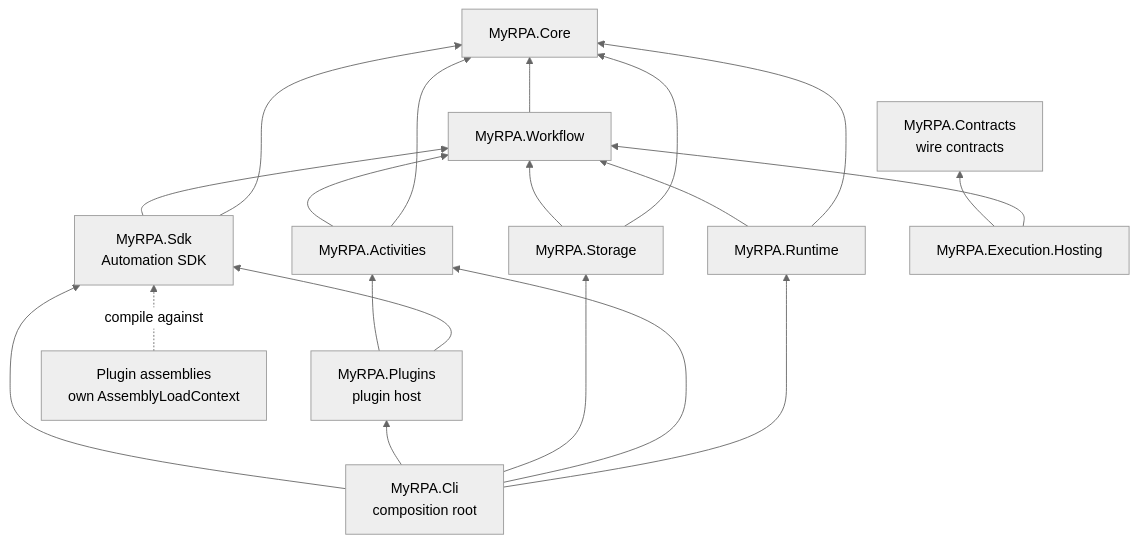
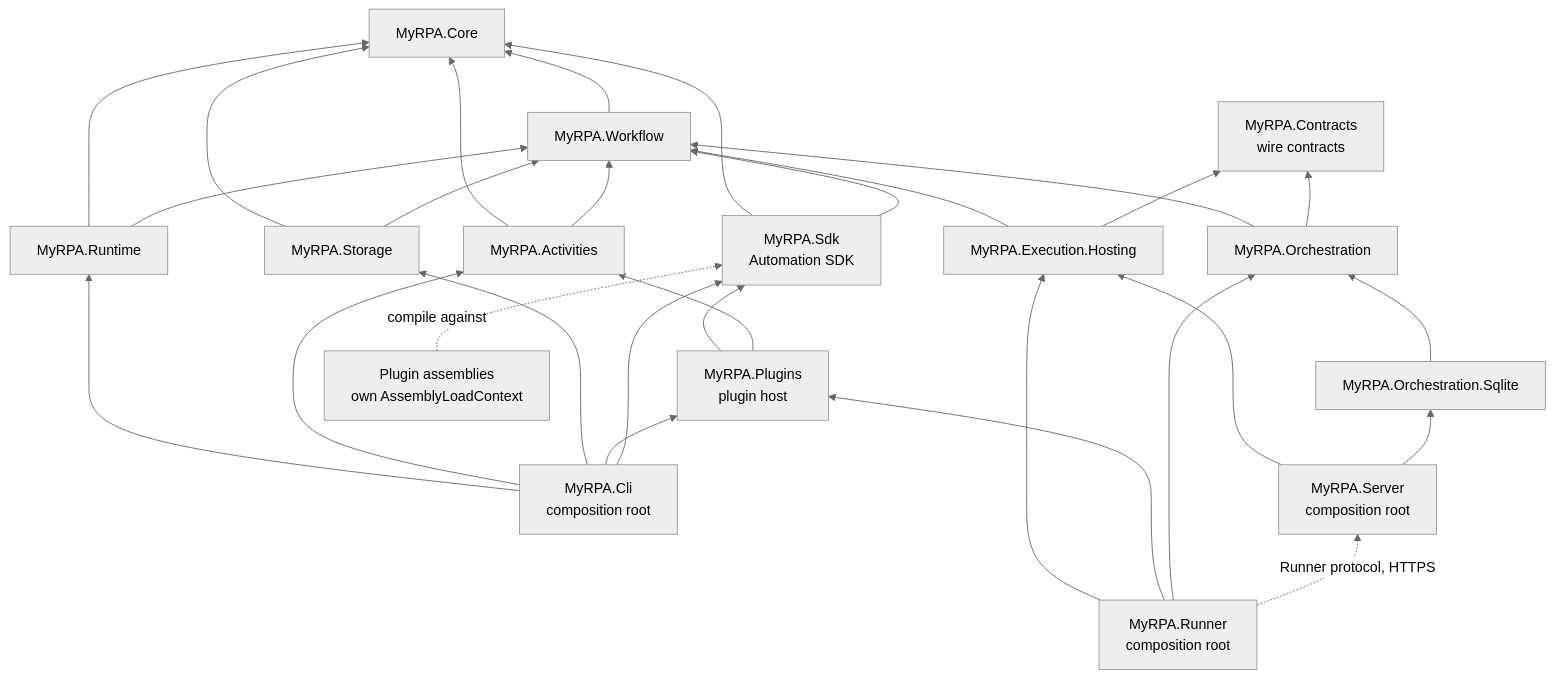
One commit to Ichwankurniawan/MY-RPA changed the diagram in docs/architecture/overview.md. Above: the diagram before and after it, drawn with Mermaid (neutral theme). The commit also changed other lines of this file and 106 other files, not shown here.

````diff
--- a/docs/architecture/overview.md
+++ b/docs/architecture/overview.md
@@ -90,24 +93,33 @@
 ```mermaid
 graph BT
     Core[MyRPA.Core]
     Workflow[MyRPA.Workflow] --> Core
     Activities[MyRPA.Activities] --> Core
     Activities --> Workflow
     Runtime[MyRPA.Runtime] --> Core
     Runtime --> Workflow
     Storage[MyRPA.Storage] --> Core
     Storage --> Workflow
     Sdk[MyRPA.Sdk<br/>Automation SDK] --> Core
     Sdk --> Workflow
     Plugins[MyRPA.Plugins<br/>plugin host] --> Sdk
     Plugins --> Activities
     Contracts[MyRPA.Contracts<br/>wire contracts]
     Hosting[MyRPA.Execution.Hosting] --> Workflow
     Hosting --> Contracts
     Cli[MyRPA.Cli<br/>composition root] --> Runtime
     Cli --> Activities
     Cli --> Storage
     Cli --> Plugins
     Cli --> Sdk
+    Orch[MyRPA.Orchestration] --> Workflow
+    Orch --> Contracts
+    OrchSqlite[MyRPA.Orchestration.Sqlite] --> Orch
+    Server[MyRPA.Server<br/>composition root] --> Hosting
+    Server --> OrchSqlite
+    Runner[MyRPA.Runner<br/>composition root] --> Hosting
+    Runner --> Plugins
+    Runner --> Orch
+    Runner -.->|Runner protocol, HTTPS| Server
     PluginAsm[Plugin assemblies<br/>own AssemblyLoadContext] -.->|compile against| Sdk
 ```
````
